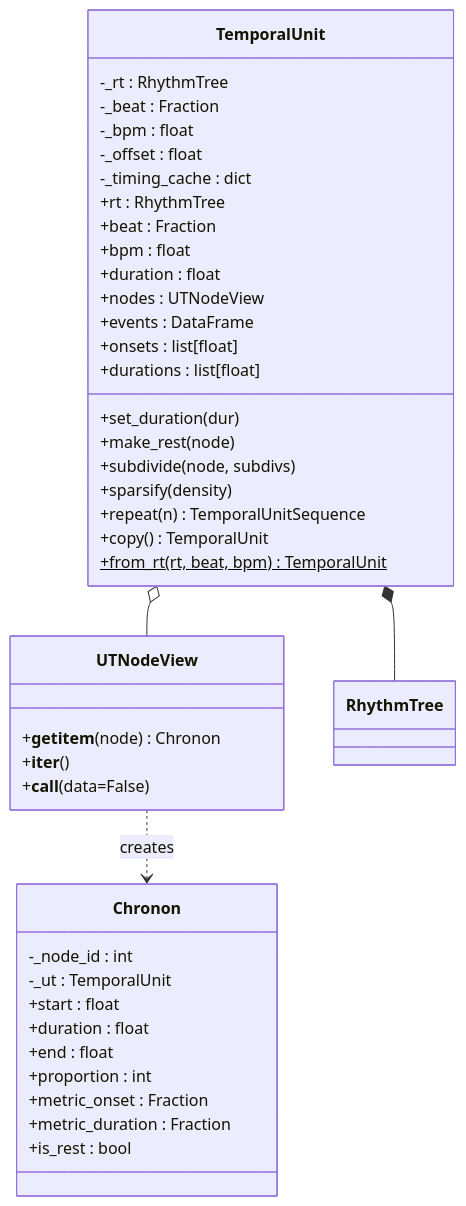
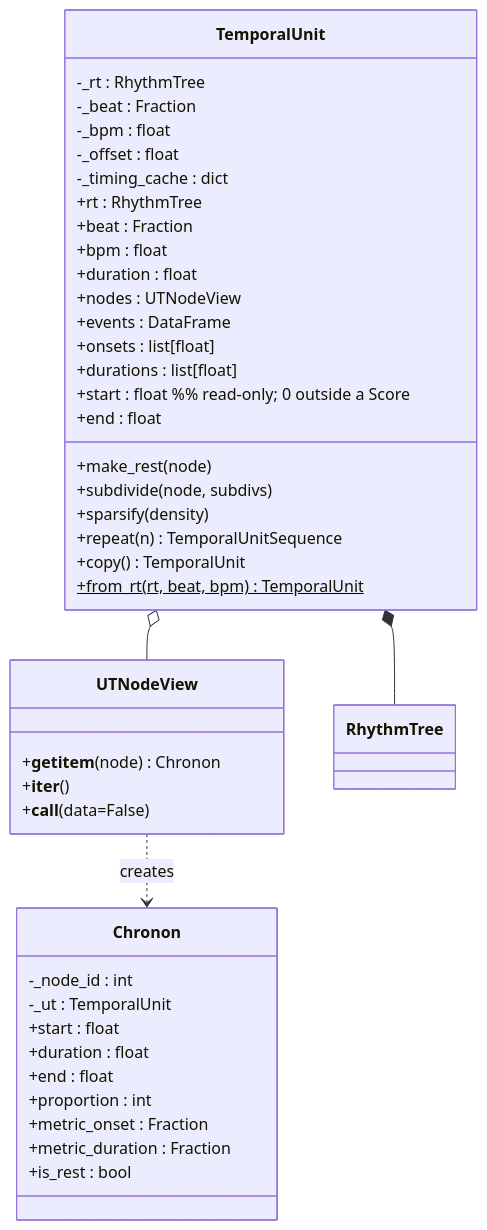
Before and after one commit to kr4g/Klotho: the third of 7 diagrams in docs/architecture/02_CHRONOS.md, drawn with Mermaid. The commit also changed other lines of this file and 21 other files, not shown here.

````diff
--- a/docs/architecture/02_CHRONOS.md
+++ b/docs/architecture/02_CHRONOS.md
@@ -194,47 +194,48 @@
 ```mermaid
 classDiagram
     class TemporalUnit {
         -_rt : RhythmTree
         -_beat : Fraction
         -_bpm : float
         -_offset : float
         -_timing_cache : dict
         +rt : RhythmTree
         +beat : Fraction
         +bpm : float
         +duration : float
         +nodes : UTNodeView
         +events : DataFrame
         +onsets : list[float]
         +durations : list[float]
-        +set_duration(dur)
+        +start : float  %% read-only; 0 outside a Score
+        +end : float
         +make_rest(node)
         +subdivide(node, subdivs)
         +sparsify(density)
         +repeat(n) TemporalUnitSequence
         +copy() TemporalUnit
         +from_rt(rt, beat, bpm) TemporalUnit$
     }
 
     class Chronon {
         -_node_id : int
         -_ut : TemporalUnit
         +start : float
         +duration : float
         +end : float
         +proportion : int
         +metric_onset : Fraction
         +metric_duration : Fraction
         +is_rest : bool
     }
 
     class UTNodeView {
         +__getitem__(node) Chronon
         +__iter__()
         +__call__(data=False)
     }
 
     TemporalUnit *-- RhythmTree
     TemporalUnit o-- UTNodeView
     UTNodeView ..> Chronon : creates
 ```
````
